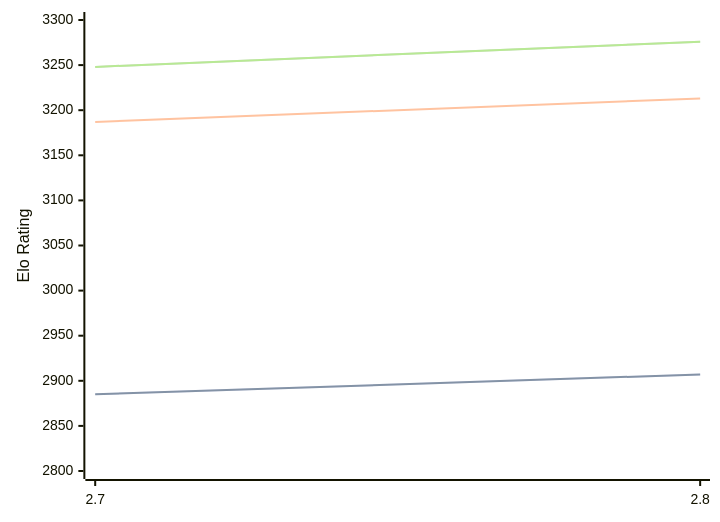
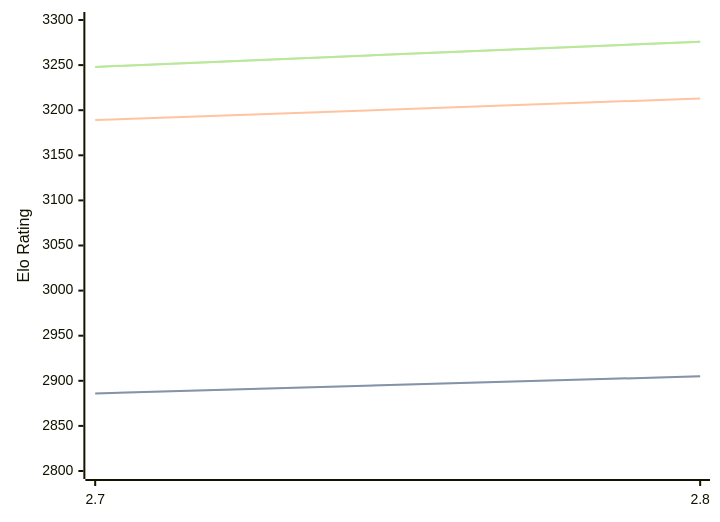
Before and after one commit to computer-chess-index/cci: the diagram in engines/Arcanum.md, drawn with Mermaid. The commit also changed other lines of this file, not shown here.

````diff
--- a/engines/Arcanum.md
+++ b/engines/Arcanum.md
@@ -44,11 +44,11 @@
 ```mermaid
 %%{init: {"theme":"base","themeVariables":{"seriesColors:['#a3a3a3','#222221','#faa371']}}}%%
 xychart-beta
   x-axis ["2.7", "2.8"]
   y-axis "Elo Rating" 2800 --> 3300
-  line "STC (8.0+0.08s)" [2885, 2907]
-  line "STC (8.0+0.08s)" [2885, 2907]
-  line "LTC (60.0+0.60s)" [3187, 3213]
+  line "STC (8.0+0.08s)" [2886, 2905]
+  line "STC (8.0+0.08s)" [2886, 2905]
+  line "LTC (60.0+0.60s)" [3189, 3213]
   line "VLTC (2m24s+1.12s)" [3248, 3276]
   line "VLTC (2m24s+1.12s)" [3248, 3276]
 ```
````
